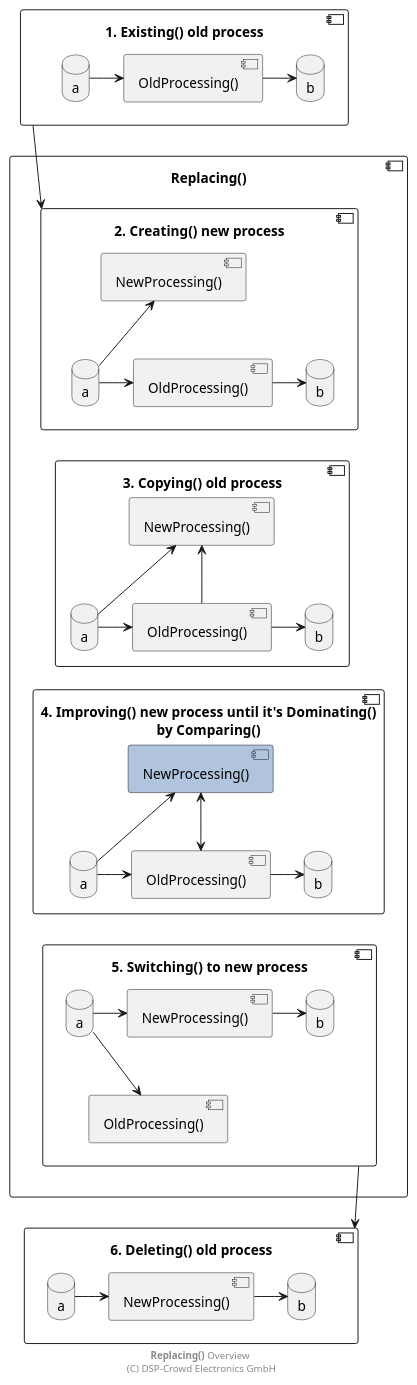
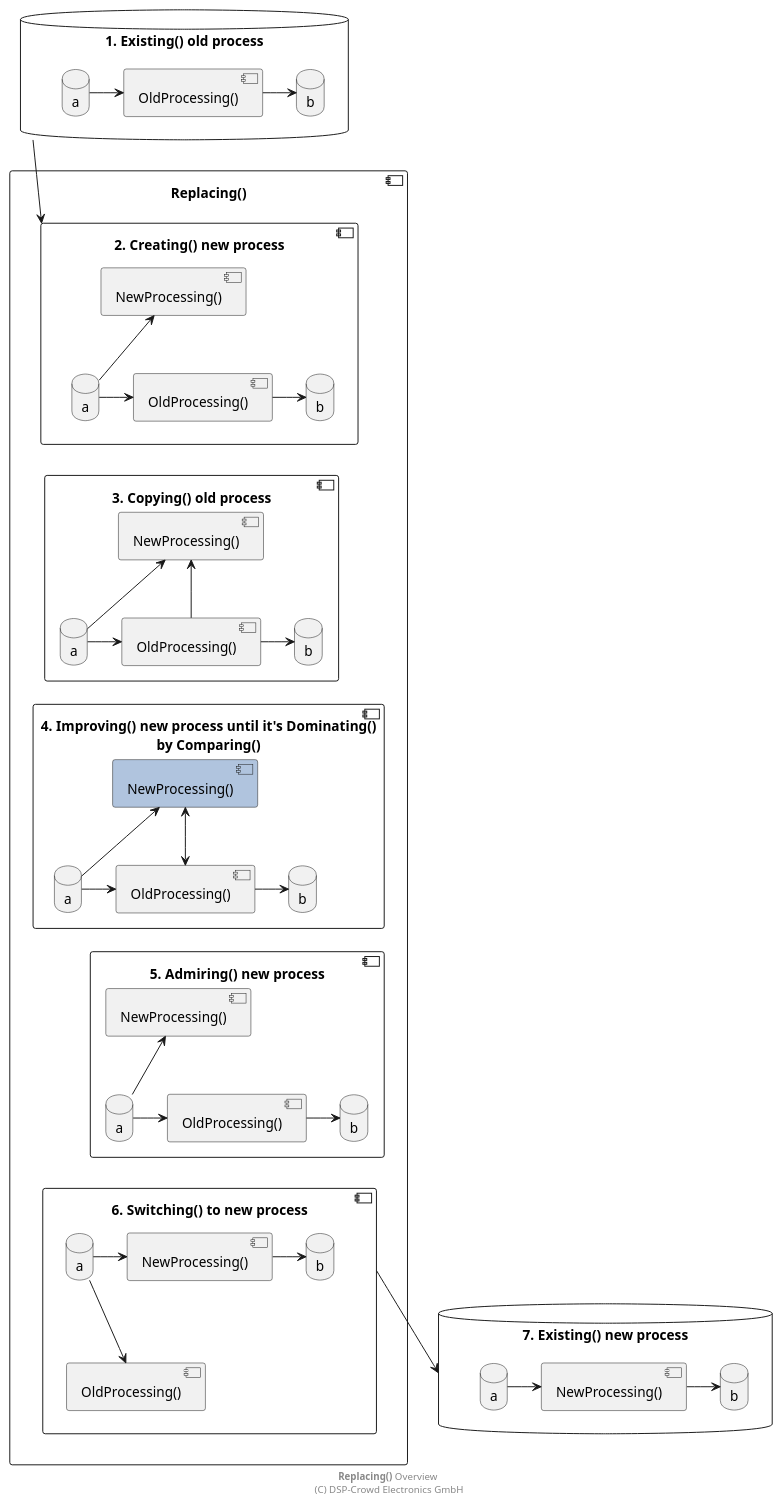
Before and after one commit to NoOrientationProgramming/NopExamples: the diagram in t02_multithreading-mandelbrot/doc/SystemCore/system/replacing/replacing.pu, drawn with PlantUML. The commit also changed 1 other file, not shown here.

```diff
--- a/t02_multithreading-mandelbrot/doc/SystemCore/system/replacing/replacing.pu
+++ b/t02_multithreading-mandelbrot/doc/SystemCore/system/replacing/replacing.pu
@@ -2,88 +2,101 @@
 @startuml
 
 ' top to bottom direction
 
-component "1. Existing() old process" as s1 {
+database "1. Existing() old process" as s1 {
   database "a" as a1
   database "b" as b1
   component "OldProcessing()" as op1
   
   a1 -> op1
   op1 -> b1
 }
 
 component "Replacing()" as rp {
 
 component "2. Creating() new process" as s2 {
   database "a" as a2
   database "b" as b2
   component "OldProcessing()" as op2
   component "NewProcessing()" as np2
   
   a2 -> op2
   op2 -> b2
   
   a2 -u-> np2
 }
 
 component "3. Copying() old process" as s3 {
   database "a" as a3
   database "b" as b3
   component "OldProcessing()" as op3
   component "NewProcessing()" as np3
   
   a3 -> op3
   op3 -> b3
   
   a3 -u-> np3
   op3 -u-> np3
 }
 
 component "4. Improving() new process until it's Dominating()\nby Comparing()" as s4 {
   database "a" as a4
   database "b" as b4
   component "OldProcessing()" as op4
   component "NewProcessing()" as np4 #LightSteelBlue
   
   a4 -> op4
   op4 -> b4
   
   a4 -u-> np4
   op4 <-u-> np4
 }
 
-component "5. Switching() to new process" as s5 {
+component "5. Admiring() new process" as s5 {
   database "a" as a5
   database "b" as b5
   component "OldProcessing()" as op5
   component "NewProcessing()" as np5
   
-  a5 -> np5
-  np5 -> b5
+  a5 -> op5
+  op5 -> b5
   
-  a5 -d-> op5
+  a5 -u-> np5
+}
+
+component "6. Switching() to new process" as s6 {
+  database "a" as a6
+  database "b" as b6
+  component "OldProcessing()" as op6
+  component "NewProcessing()" as np6
+  
+  a6 -> np6
+  np6 -> b6
+  
+  a6 -d-> op6
 }
 
 }
 
-component "6. Deleting() old process" as s6 {
-  database "a" as a6
-  database "b" as b6
-  component "NewProcessing()" as np6
+database "7. Existing() new process" as s7 {
+  database "a" as a7
+  database "b" as b7
+  component "NewProcessing()" as np7
   
-  a6 -> np6
-  np6 -> b6
+  a7 -> np7
+  np7 -> b7
 }
 
 op1 -[hidden]d- np2
 op2 -[hidden]d- np3
 op3 -[hidden]d- np4
 op4 -[hidden]d- np5
 op5 -[hidden]d- np6
+op5 -[hidden]d- np7
 
 s1 -d-> s2
-s5 -d-> s6
+s6 -d-> s7
 
 footer **Replacing()** Overview \n(C) DSP-Crowd Electronics GmbH
 
 @enduml
```
